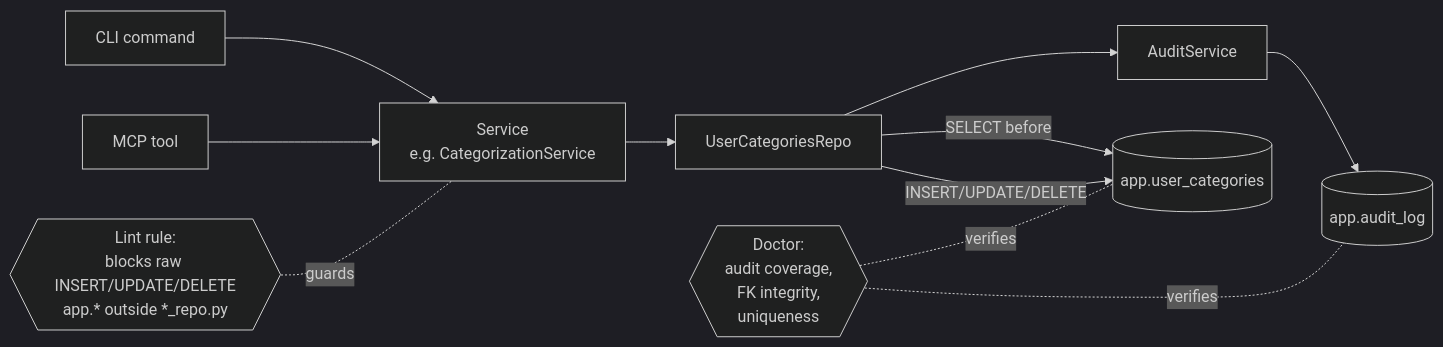
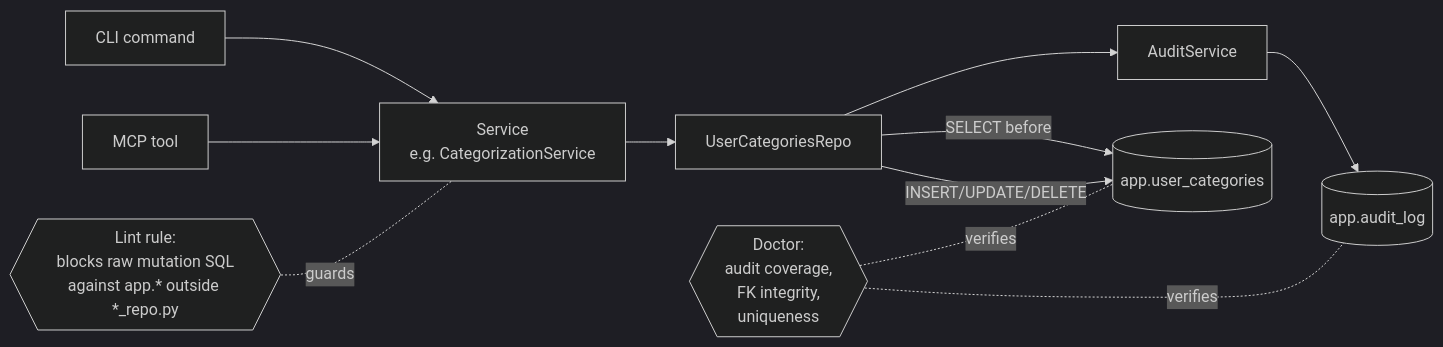
The diagram in docs/specs/app-integrity-invariant.md (bsaffel/moneybin), drawn with Mermaid (dark theme) before and after one commit. The commit also changed other lines of this file and 1 other file, not shown here.

Commit message:
close remaining app mutation lint gaps

````diff
--- a/docs/specs/app-integrity-invariant.md
+++ b/docs/specs/app-integrity-invariant.md
@@ -184,23 +185,23 @@
 ```mermaid
 flowchart LR
     CLI[CLI command]
     MCP[MCP tool]
     Svc[Service<br/>e.g. CategorizationService]
     Repo[UserCategoriesRepo]
     Audit[AuditService]
     DB[(app.user_categories)]
     Log[(app.audit_log)]
-    Lint{{Lint rule:<br/>blocks raw INSERT/UPDATE/DELETE<br/>app.* outside *_repo.py}}
+    Lint{{Lint rule:<br/>blocks raw mutation SQL<br/>against app.* outside *_repo.py}}
     Doctor{{Doctor:<br/>audit coverage,<br/>FK integrity,<br/>uniqueness}}
 
     CLI --> Svc
     MCP --> Svc
     Svc --> Repo
     Repo -- SELECT before --> DB
     Repo -- INSERT/UPDATE/DELETE --> DB
     Repo --> Audit
     Audit --> Log
     Lint -.guards.- Svc
     Doctor -.verifies.- DB
     Doctor -.verifies.- Log
 ```
````
